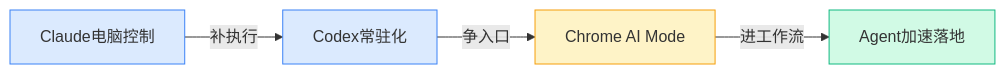
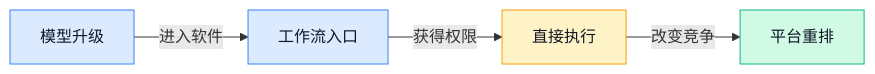
One commit to ylzsdafei/ai-daily-site changed the first of 8 diagrams in content/cn/blog/weekly/2026-W16.md. Above: the diagram before and after it, drawn with Mermaid. The commit also changed other lines of this file and 1 other file, not shown here.

````diff
--- a/content/cn/blog/weekly/2026-W16.md
+++ b/content/cn/blog/weekly/2026-W16.md
@@ -20,10 +20,12 @@
 ```mermaid
 graph LR
-A[Claude电脑控制]-->|补执行|B[Codex常驻化]-->|争入口|C[Chrome AI Mode]-->|进工作流|D[Agent加速落地]
-classDef blue fill:#dbeafe,stroke:#3b82f6
-classDef yellow fill:#fef3c7,stroke:#f59e0b
-classDef green fill:#d1fae5,stroke:#10b981
+A[模型升级] -->|进入软件| B[工作流入口]
+B -->|获得权限| C[直接执行]
+C -->|改变竞争| D[平台重排]
+classDef blue fill:#dbeafe,stroke:#3b82f6,color:#111827
+classDef yellow fill:#fef3c7,stroke:#f59e0b,color:#111827
+classDef green fill:#d1fae5,stroke:#10b981,color:#111827
 class A,B blue
 class C yellow
 class D green
 ```
````
